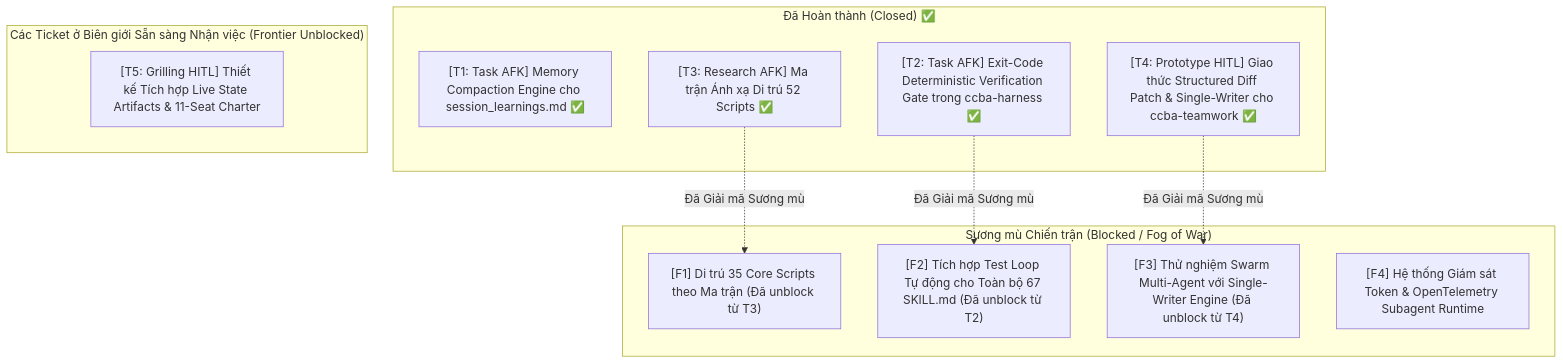
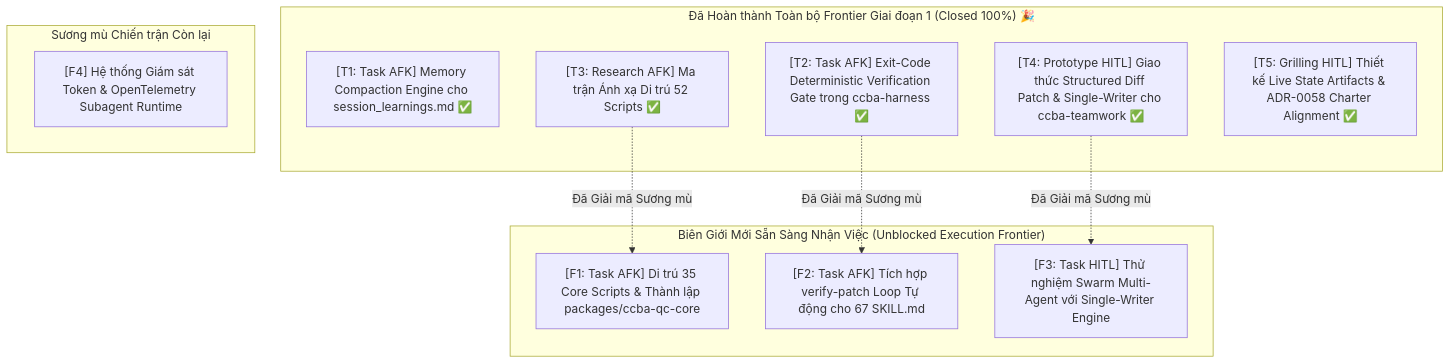
One commit to vvChu/ccba-agent-platform changed the diagram in .md/wayfinder/ccba-upgrade-roadmap/map.md. Above: the diagram before and after it, drawn with Mermaid. The commit also changed other lines of this file and 3 other files, not shown here.

Commit message:
feat(governance): complete ticket 5 grilling and publish adr-0058 live collaboration artifacts

````diff
--- a/.md/wayfinder/ccba-upgrade-roadmap/map.md
+++ b/.md/wayfinder/ccba-upgrade-roadmap/map.md
@@ -89,24 +96,24 @@
 ```mermaid
 flowchart TD
-    subgraph Done ["Đã Hoàn thành (Closed) ✅"]
+    subgraph Done ["Đã Hoàn thành Toàn bộ Frontier Giai đoạn 1 (Closed 100%) 🎉"]
         T1["[T1: Task AFK] Memory Compaction Engine cho session_learnings.md ✅"]
         T2["[T2: Task AFK] Exit-Code Deterministic Verification Gate trong ccba-harness ✅"]
         T3["[T3: Research AFK] Ma trận Ánh xạ Di trú 52 Scripts ✅"]
         T4["[T4: Prototype HITL] Giao thức Structured Diff Patch & Single-Writer cho ccba-teamwork ✅"]
+        T5["[T5: Grilling HITL] Thiết kế Live State Artifacts & ADR-0058 Charter Alignment ✅"]
     end
 
-    subgraph Frontier ["Các Ticket ở Biên giới Sẵn sàng Nhận việc (Frontier Unblocked)"]
-        T5["[T5: Grilling HITL] Thiết kế Tích hợp Live State Artifacts & 11-Seat Charter"]
+    subgraph Frontier ["Biên Giới Mới Sẵn Sàng Nhận Việc (Unblocked Execution Frontier)"]
+        F1["[F1: Task AFK] Di trú 35 Core Scripts & Thành lập packages/ccba-qc-core"]
+        F2["[F2: Task AFK] Tích hợp verify-patch Loop Tự động cho 67 SKILL.md"]
+        F3["[F3: Task HITL] Thử nghiệm Swarm Multi-Agent với Single-Writer Engine"]
     end
 
-    subgraph Fog ["Sương mù Chiến trận (Blocked / Fog of War)"]
-        F1["[F1] Di trú 35 Core Scripts theo Ma trận (Đã unblock từ T3)"]
-        F2["[F2] Tích hợp Test Loop Tự động cho Toàn bộ 67 SKILL.md (Đã unblock từ T2)"]
-        F3["[F3] Thử nghiệm Swarm Multi-Agent với Single-Writer Engine (Đã unblock từ T4)"]
+    subgraph Fog ["Sương mù Chiến trận Còn lại"]
         F4["[F4] Hệ thống Giám sát Token & OpenTelemetry Subagent Runtime"]
     end
 
     T3 -.->|Đã Giải mã Sương mù| F1
     T2 -.->|Đã Giải mã Sương mù| F2
     T4 -.->|Đã Giải mã Sương mù| F3
 ```
````
